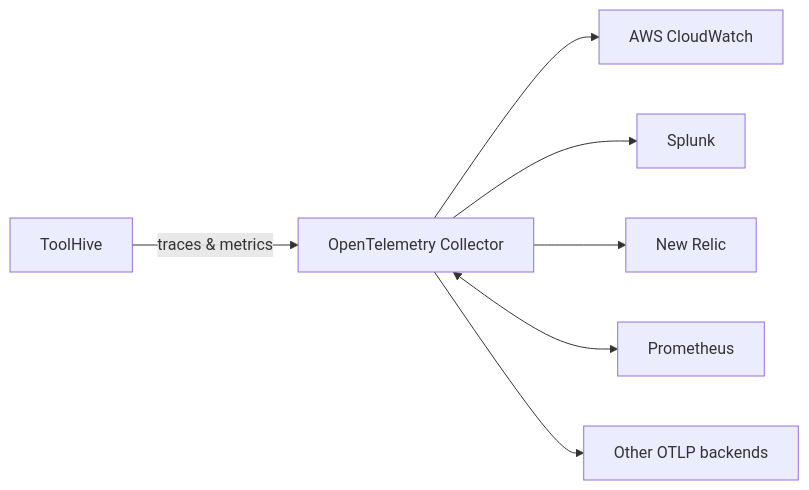
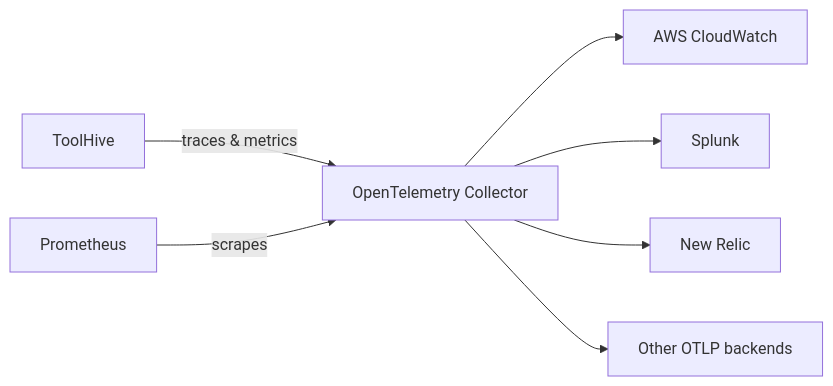
One commit to stacklok/docs-website changed the diagram in docs/toolhive/guides-k8s/telemetry-and-metrics.mdx. Above: the diagram before and after it, drawn with Mermaid. The commit also changed other lines of this file, not shown here.

````diff
--- a/docs/toolhive/guides-k8s/telemetry-and-metrics.mdx
+++ b/docs/toolhive/guides-k8s/telemetry-and-metrics.mdx
@@ -223,9 +212,9 @@
 ```mermaid
 graph LR
     A[ToolHive] -->|traces & metrics| B[OpenTelemetry Collector]
     B --> C[AWS CloudWatch]
     B --> D[Splunk]
     B --> E[New Relic]
-    B <--> F[Prometheus]
+    F[Prometheus] -->|scrapes| B
     B --> G[Other OTLP backends]
 ```
````
